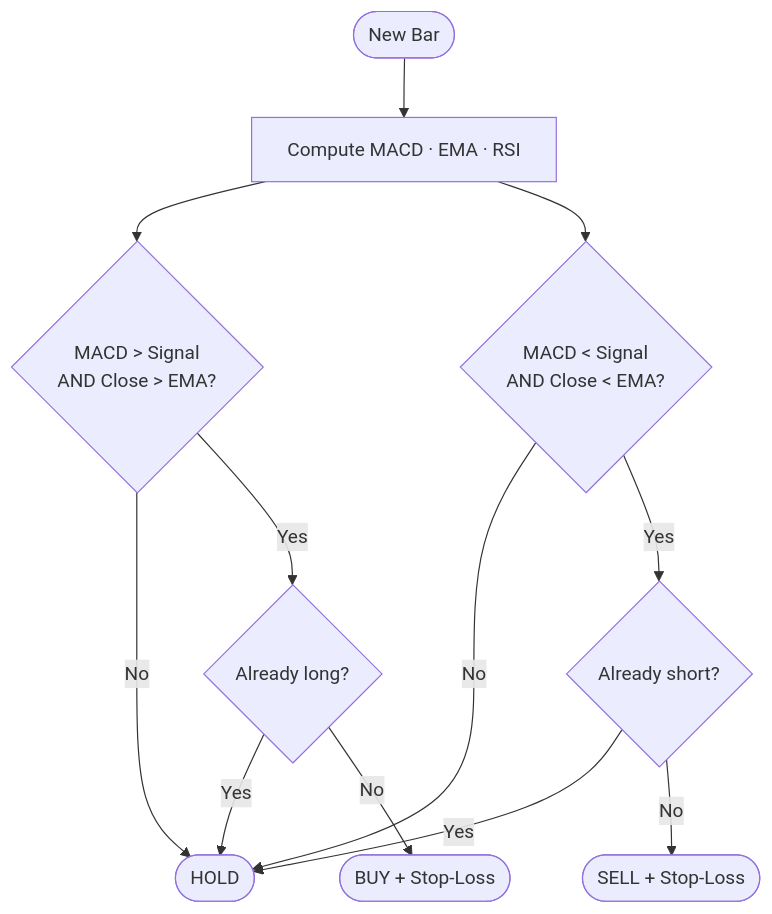
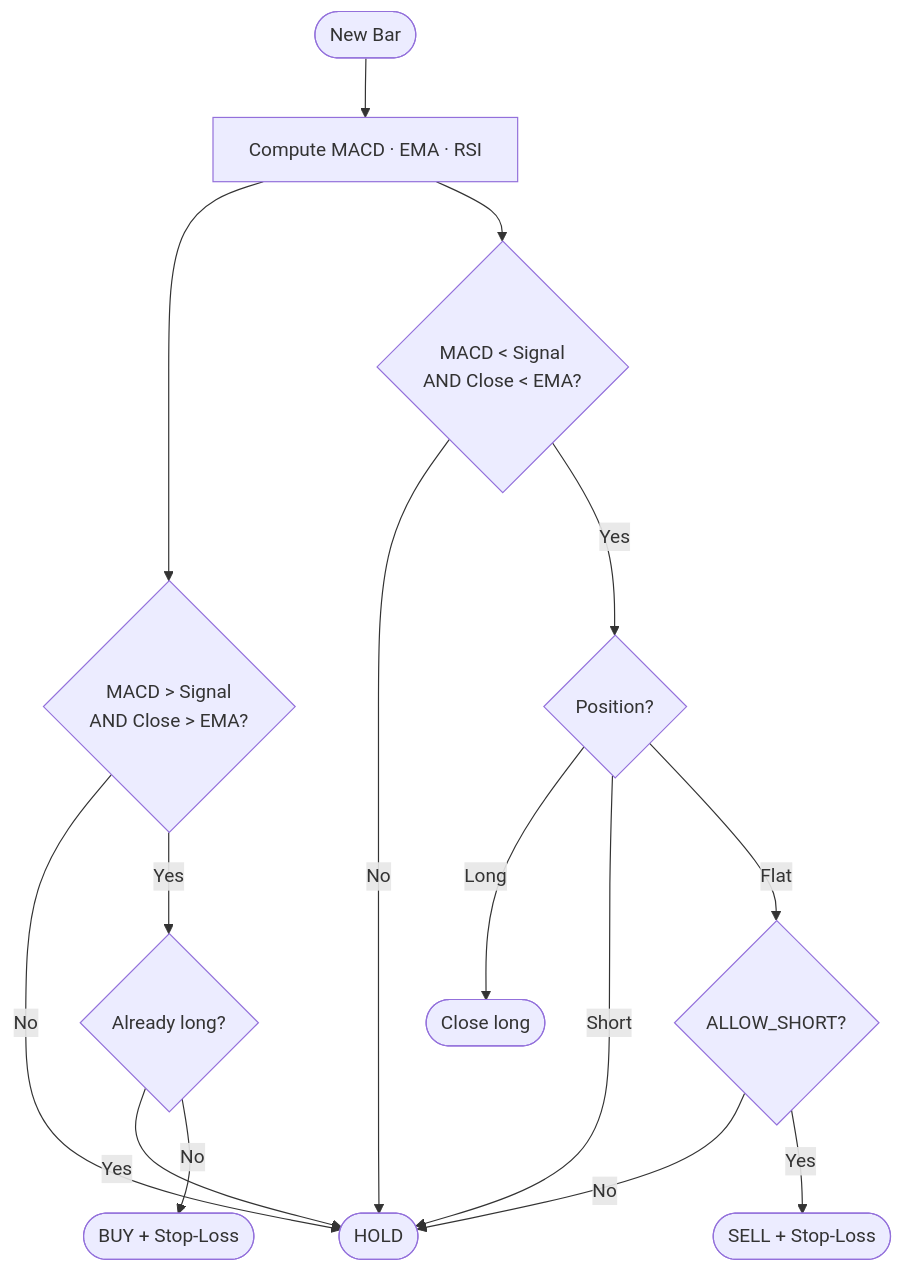
Before and after one commit to LCS3002/trading-bot: the first of 3 diagrams in README.md, drawn with Mermaid. The commit also changed other lines of this file and 11 other files, not shown here.

````diff
--- a/README.md
+++ b/README.md
@@ -57,17 +60,20 @@
 ```mermaid
 flowchart TD
     A([New Bar]) --> B[Compute MACD · EMA · RSI]
 
     B --> C{"MACD > Signal\nAND Close > EMA?"}
     B --> D{"MACD < Signal\nAND Close < EMA?"}
 
     C -- No  --> HOLD([HOLD])
     C -- Yes --> E{Already long?}
     E -- Yes --> HOLD
     E -- No  --> BUY([BUY + Stop-Loss])
 
     D -- No  --> HOLD
-    D -- Yes --> F{Already short?}
-    F -- Yes --> HOLD
-    F -- No  --> SELL([SELL + Stop-Loss])
+    D -- Yes --> F{Position?}
+    F -- Long  --> CLOSE([Close long])
+    F -- Short --> HOLD
+    F -- Flat  --> G{ALLOW_SHORT?}
+    G -- No  --> HOLD
+    G -- Yes --> SELL([SELL + Stop-Loss])
 ```
````
